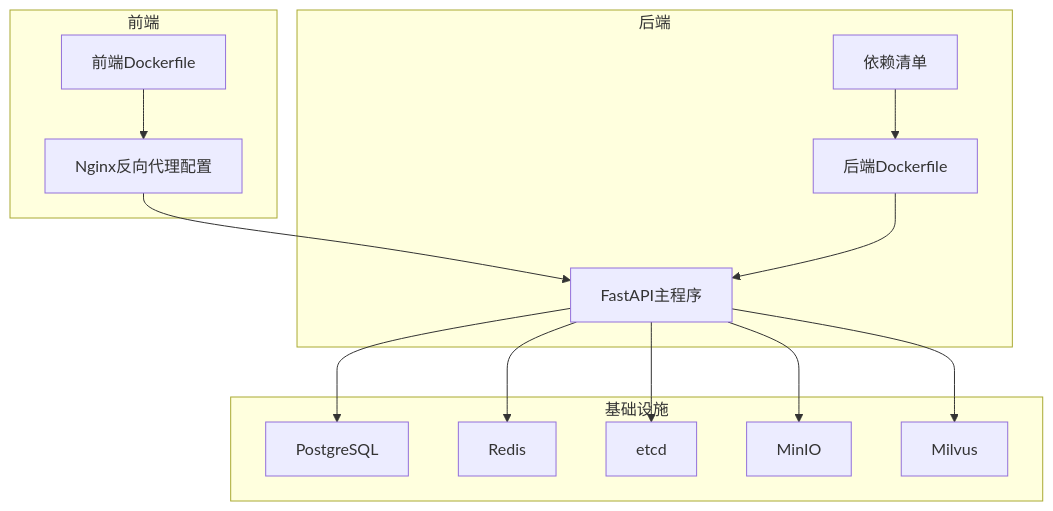
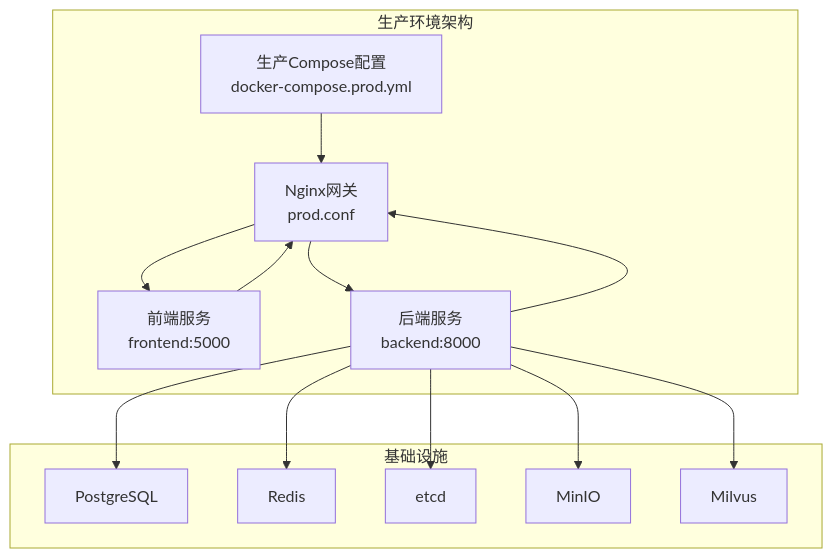
Before and after one commit to ghbbn053-ship-itsoulddog/soulddog: the first of 7 diagrams in .qoder/repowiki/zh/content/部署与运维/部署与运维.md, drawn with Mermaid. The commit also changed other lines of this file and 119 other files, not shown here.

````diff
--- a/.qoder/repowiki/zh/content/部署与运维/部署与运维.md
+++ b/.qoder/repowiki/zh/content/部署与运维/部署与运维.md
@@ -43,28 +58,26 @@
 ```mermaid
 graph TB
-subgraph "前端"
-FE_Docker["前端Dockerfile"]
-FE_Nginx["Nginx反向代理配置"]
-end
-subgraph "后端"
-BE_Docker["后端Dockerfile"]
-BE_Main["FastAPI主程序"]
-BE_Req["依赖清单"]
+subgraph "生产环境架构"
+ProdCompose["生产Compose配置<br/>docker-compose.prod.yml"]
+Gateway["Nginx网关<br/>prod.conf"]
+Frontend["前端服务<br/>frontend:5000"]
+Backend["后端服务<br/>backend:8000"]
 end
 subgraph "基础设施"
 Postgres["PostgreSQL"]
 Redis["Redis"]
 Etcd["etcd"]
 MinIO["MinIO"]
 Milvus["Milvus"]
 end
-FE_Docker --> FE_Nginx
-FE_Nginx --> BE_Main
-BE_Docker --> BE_Main
-BE_Main --> Postgres
-BE_Main --> Redis
-BE_Main --> Milvus
-BE_Main --> MinIO
-BE_Main --> Etcd
-BE_Req --> BE_Docker
+ProdCompose --> Gateway
+Gateway --> Frontend
+Gateway --> Backend
+Frontend --> Gateway
+Backend --> Gateway
+Backend --> Postgres
+Backend --> Redis
+Backend --> Milvus
+Backend --> MinIO
+Backend --> Etcd
 ```
````
